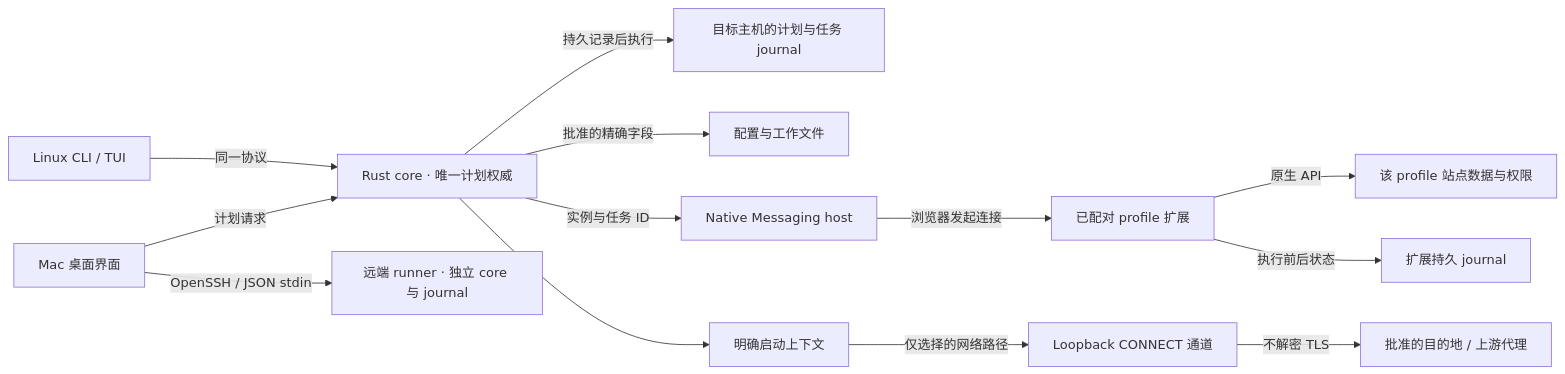
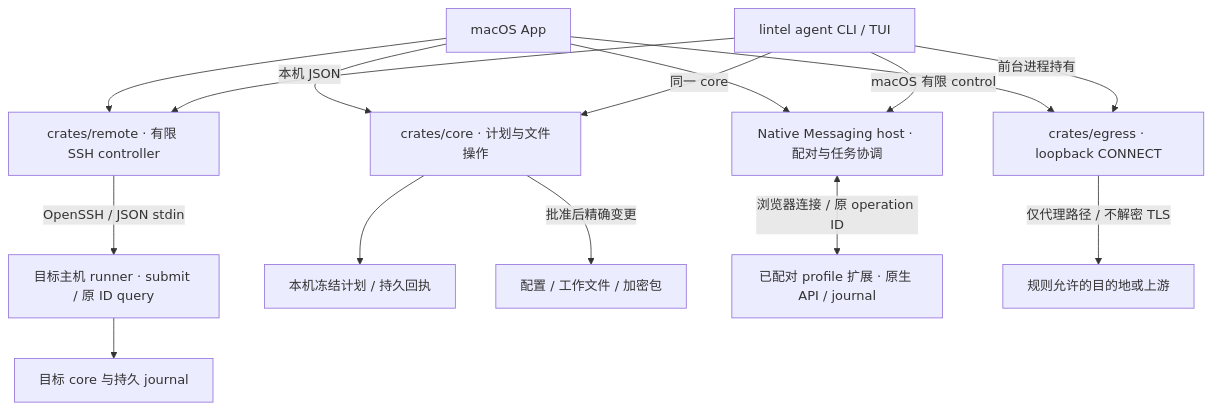
The diagram in docs/architecture.md (IndelibleVivi/lintel-cc), drawn with Mermaid before and after one commit. The commit also changed other lines of this file and 56 other files, not shown here.

Commit message:
add unified agent CLI and independent work preservation

````diff
--- a/docs/architecture.md
+++ b/docs/architecture.md
@@ -5,15 +5,17 @@
 ```mermaid
-flowchart LR
-    UI[Mac 桌面界面] -->|计划请求| Core[Rust core · 唯一计划权威]
-    CLI[Linux CLI / TUI] -->|同一协议| Core
-    Core -->|持久记录后执行| Journal[目标主机的计划与任务 journal]
-    Core -->|批准的精确字段| FS[配置与工作文件]
-    Core -->|实例与任务 ID| Native[Native Messaging host]
-    Native -->|浏览器发起连接| Ext[已配对 profile 扩展]
-    Ext -->|原生 API| Storage[该 profile 站点数据与权限]
-    Ext -->|执行前后状态| BJ[扩展持久 journal]
-    UI -->|OpenSSH / JSON stdin| Remote[远端 runner · 独立 core 与 journal]
-    Launch[明确启动上下文] -->|仅选择的网络路径| Proxy[Loopback CONNECT 通道]
-    Core --> Launch
-    Proxy -->|不解密 TLS| Destination[批准的目的地 / 上游代理]
+flowchart TB
+    UI[macOS App] -->|本机 JSON| Core[crates/core · 计划与文件操作]
+    CLI[lintel agent CLI / TUI] -->|同一 core| Core
+    UI --> SSH[crates/remote · 有限 SSH controller]
+    CLI --> SSH
+    SSH -->|OpenSSH / JSON stdin| Runner[目标主机 runner · submit / 原 ID query]
+    Runner --> RemoteCore[目标 core 与持久 journal]
+    Core --> Journal[本机冻结计划 / 持久回执]
+    Core -->|批准后精确变更| Files[配置 / 工作文件 / 加密包]
+    UI --> Host[Native Messaging host · 配对与任务协调]
+    CLI -->|macOS 有限 control| Host
+    Host <-->|浏览器连接 / 原 operation ID| Ext[已配对 profile 扩展 · 原生 API / journal]
+    UI --> Proxy[crates/egress · loopback CONNECT]
+    CLI -->|前台进程持有| Proxy
+    Proxy -->|仅代理路径 / 不解密 TLS| Destination[规则允许的目的地或上游]
 ```
````
